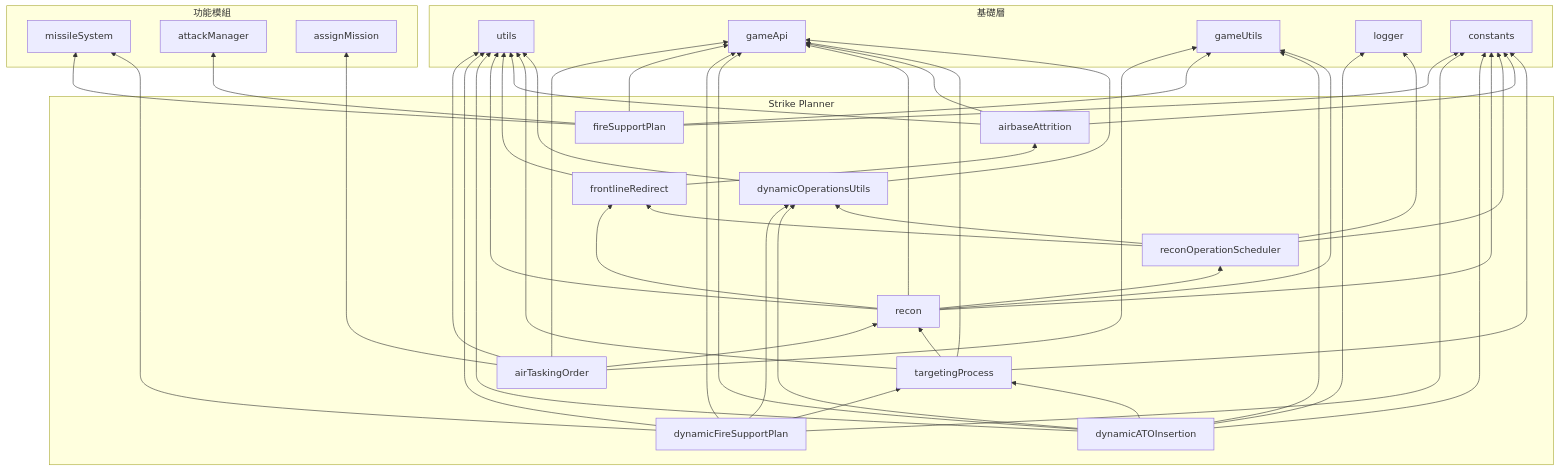
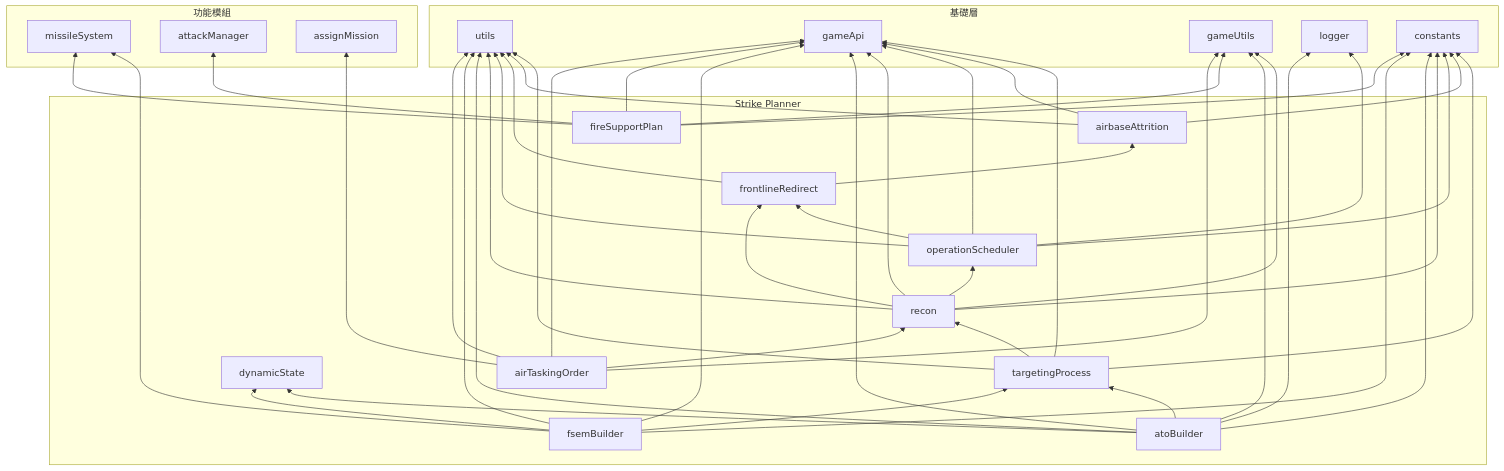
The third of 3 diagrams in docs/strikePlanner/README.md (pullupjumper/formosa-in-flames), drawn with Mermaid before and after one commit. The commit also changed other lines of this file and 30 other files, not shown here.

First line of the commit message:
refactor(strike-planner): rename dynamic operation modules

````diff
--- a/docs/strikePlanner/README.md
+++ b/docs/strikePlanner/README.md
@@ -216,40 +215,39 @@
 ```mermaid
 flowchart BT
     subgraph 基礎層
         UTILS["utils"]
         GAMEAPI["gameApi"]
         GAMEUTILS["gameUtils"]
         LOGGER["logger"]
         CONSTANTS["constants"]
     end
 
     subgraph 功能模組
         MISSILE["missileSystem"]
         ATTACK["attackManager"]
         ASSIGN["assignMission"]
     end
 
     subgraph Strike Planner
         TP["targetingProcess"]
         RECON["recon"]
-        DOU["dynamicOperationsUtils"]
-        RSCHED["reconOperationScheduler"]
+        DSTATE["dynamicState"]
+        RSCHED["operationScheduler"]
         FREDIR["frontlineRedirect"]
         ATTR["airbaseAttrition"]
         ATO["airTaskingOrder"]
         FSP["fireSupportPlan"]
-        DFSP["dynamicFireSupportPlan"]
-        DATO["dynamicATOInsertion"]
+        DFSP["fsemBuilder"]
+        DATO["atoBuilder"]
     end
 
     ATO --> UTILS & GAMEAPI & GAMEUTILS & ASSIGN & RECON
     FSP --> GAMEAPI & GAMEUTILS & ATTACK & MISSILE & CONSTANTS
-    DFSP --> TP & DOU & GAMEAPI & UTILS & MISSILE & CONSTANTS
-    DATO --> TP & DOU & GAMEAPI & GAMEUTILS & UTILS & LOGGER & CONSTANTS
+    DFSP --> TP & DSTATE & GAMEAPI & UTILS & MISSILE & CONSTANTS
+    DATO --> TP & DSTATE & GAMEAPI & GAMEUTILS & UTILS & LOGGER & CONSTANTS
     RECON --> RSCHED & FREDIR & GAMEAPI & GAMEUTILS & UTILS & CONSTANTS
-    RSCHED --> DOU & FREDIR & LOGGER & CONSTANTS
+    RSCHED --> FREDIR & GAMEAPI & UTILS & LOGGER & CONSTANTS
     FREDIR --> ATTR & UTILS
     ATTR --> GAMEAPI & UTILS & CONSTANTS
     TP --> GAMEAPI & UTILS & RECON & CONSTANTS
-    DOU --> UTILS & GAMEAPI
 ```
````
